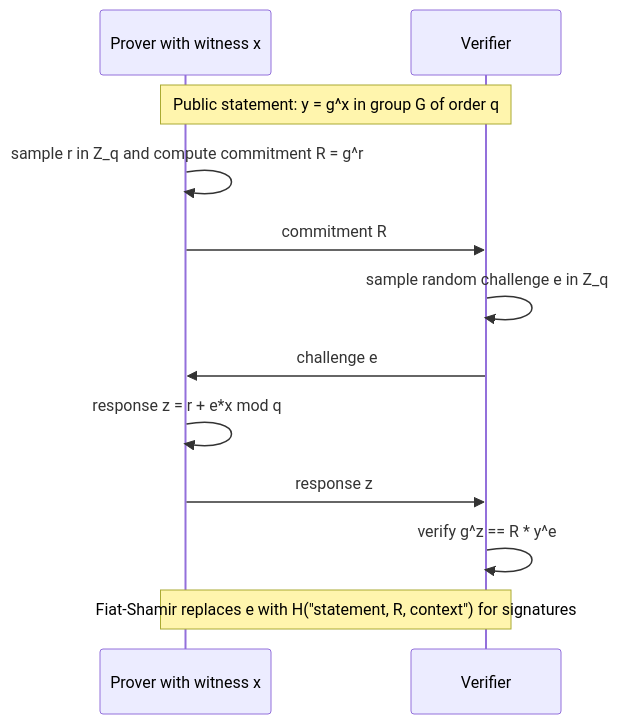
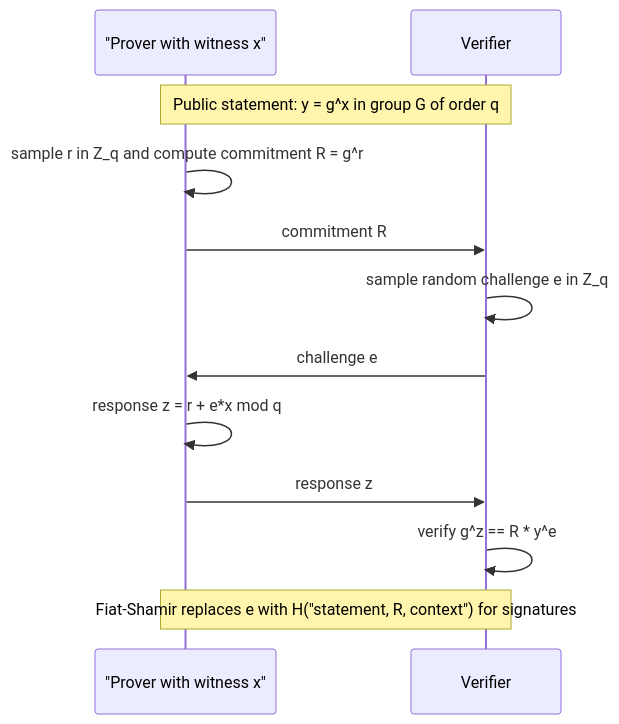
Before and after one commit to justinbrianhwang/SJ-wiki: the diagram in docs/cs/cryptography/zero-knowledge-proofs.md, drawn with Mermaid. The commit also changed 126 other files, not shown here.

Commit message:
Image-URL audit: remove 22 broken Wikimedia/GitHub image embeds (HTTP 400/404); add check-image-urls.py + fix-broken-images.py verification tools; final CS Mermaid review applied

````diff
--- a/docs/cs/cryptography/zero-knowledge-proofs.md
+++ b/docs/cs/cryptography/zero-knowledge-proofs.md
@@ -94,14 +94,14 @@
 ```mermaid
 sequenceDiagram
-  participant P as Prover with witness x
+  participant P as "Prover with witness x"
   participant V as Verifier
   Note over P,V: Public statement: y = g^x in group G of order q
   P->>P: sample r in Z_q and compute commitment R = g^r
   P->>V: commitment R
   V->>V: sample random challenge e in Z_q
   V->>P: challenge e
   P->>P: response z = r + e*x mod q
   P->>V: response z
   V->>V: verify g^z == R * y^e
   Note over P,V: Fiat-Shamir replaces e with H("statement, R, context") for signatures
 ```
````
